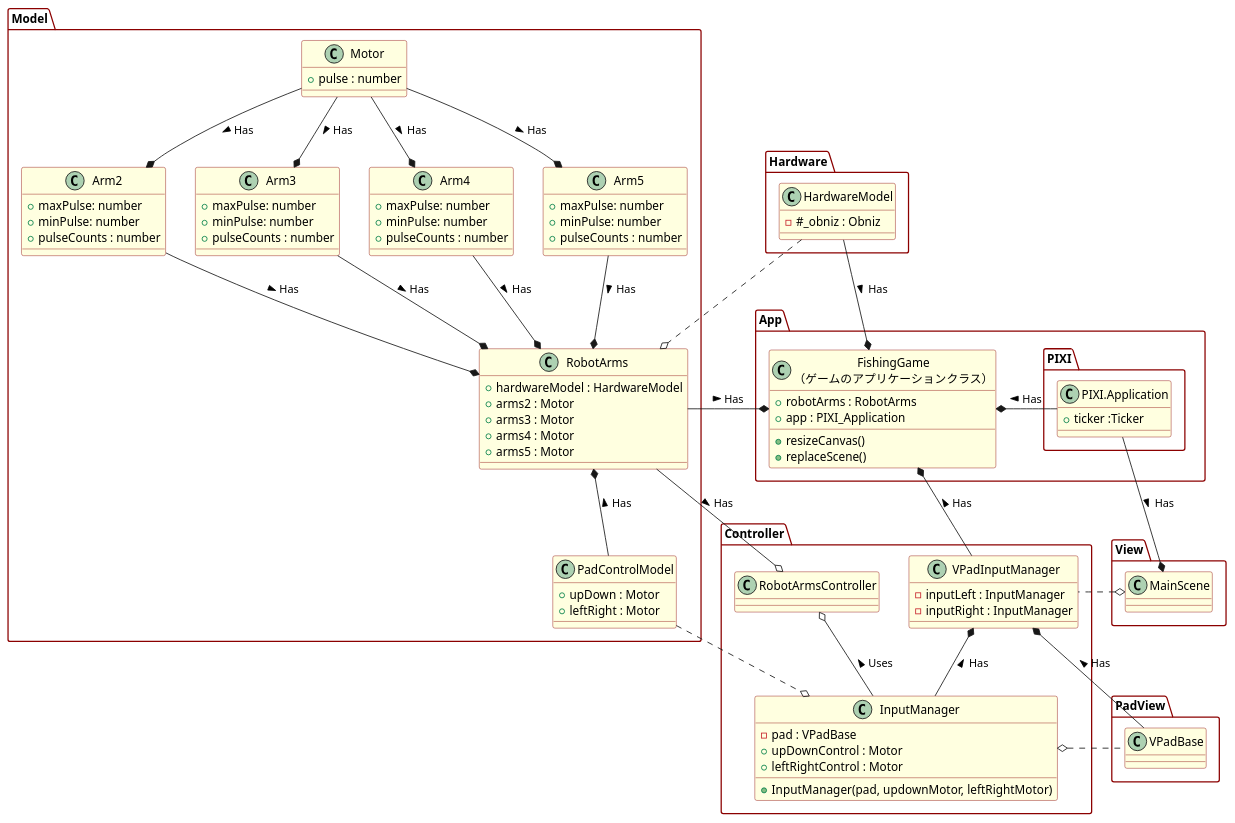
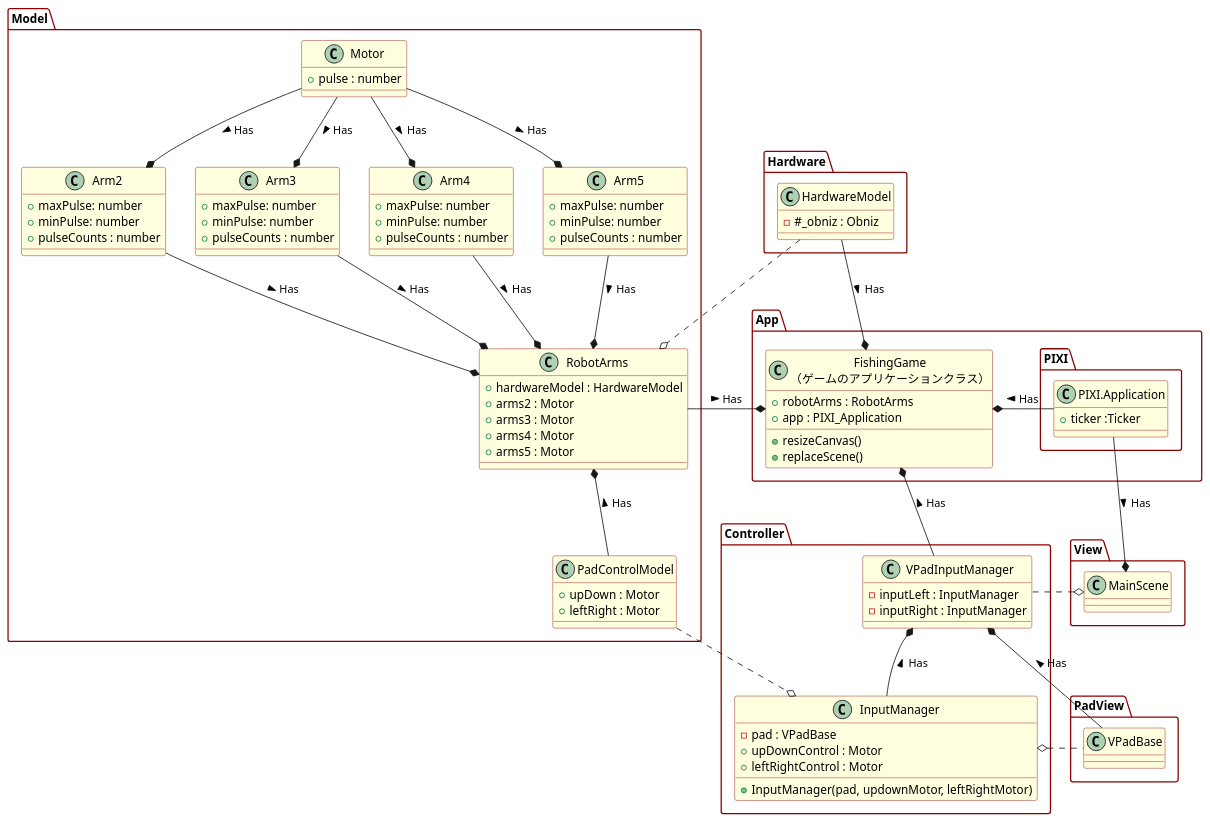
Before and after one commit to nakagawa-takayoshi/FishingGame: the second of 6 diagrams in documents/設計書.md, drawn with PlantUML. The commit also changed other lines of this file, not shown here.

```diff
--- a/documents/設計書.md
+++ b/documents/設計書.md
@@ -132,10 +132,6 @@
 }
 
 package Controller {
-    class RobotArmsController
-    {
-
-    }
 
     class InputManager
     {
@@ -153,14 +149,12 @@
 
     }
 
-
     InputManager -up-* VPadInputManager : Has >
-    InputManager -up-o RobotArmsController : Uses >
     VPadBase -up-* VPadInputManager : Has >
     VPadBase ..left..o InputManager
 
 }
-
+ 
 package Hardware {
     class HardwareModel
     {
@@ -235,7 +229,6 @@
 }
 
 
-RobotArms -down-o RobotArmsController : Has >
 RobotArms -left-* FishingGame : Has >
 
 VPadInputManager .left.o MainScene 
```
